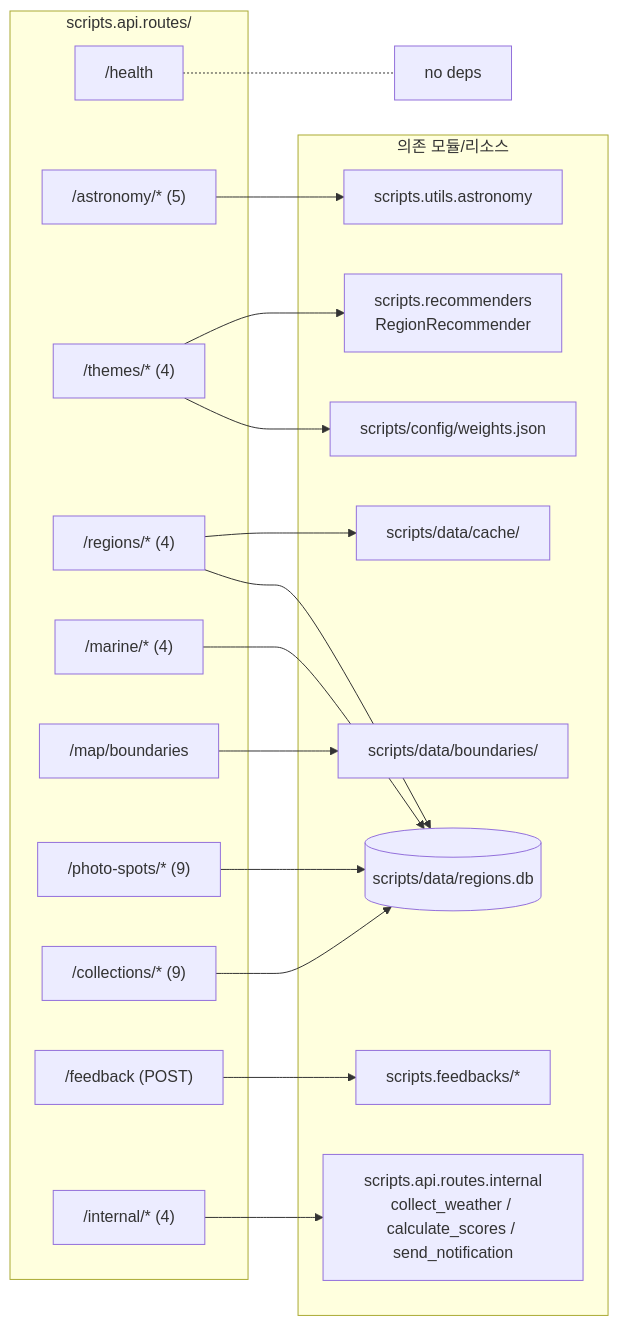
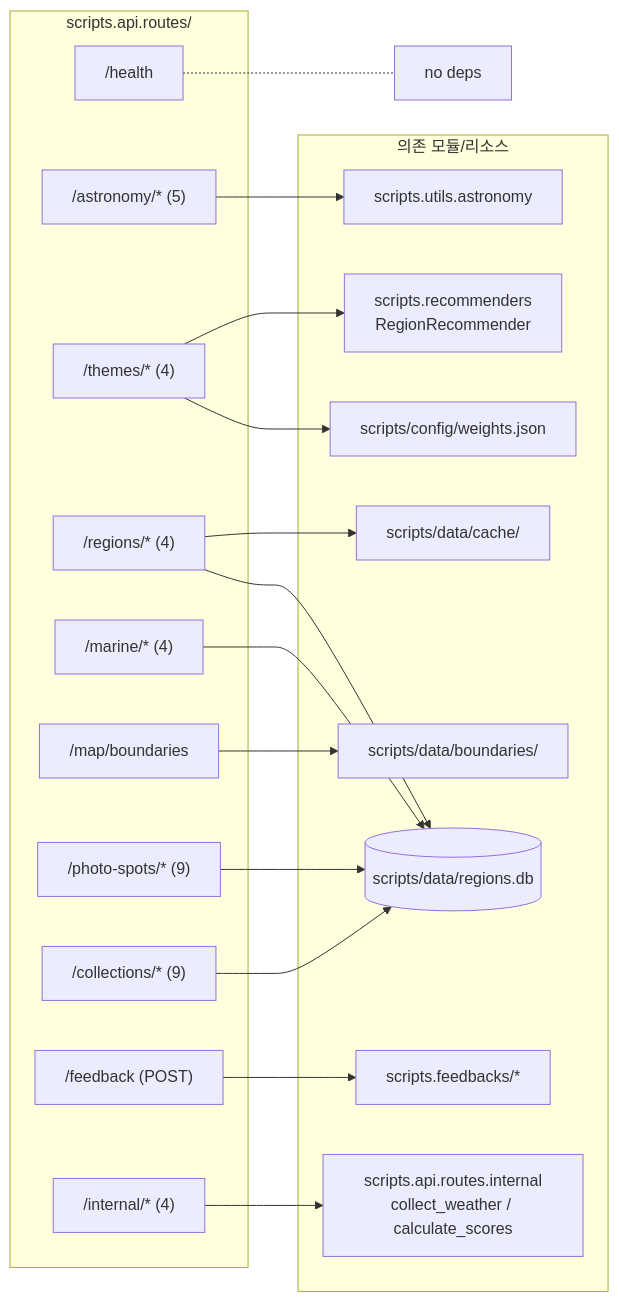
One commit to Donghun1q2w/weather_lens changed the second of 8 diagrams in CLAUDE.md. Above: the diagram before and after it, drawn with Mermaid. The commit also changed other lines of this file and 13 other files, not shown here.

````diff
--- a/CLAUDE.md
+++ b/CLAUDE.md
@@ -66,39 +65,39 @@
 ```mermaid
 flowchart LR
     subgraph Routes["scripts.api.routes/"]
         H["/health"]
         AS["/astronomy/* (5)"]
         TH["/themes/* (4)"]
         RG["/regions/* (4)"]
         MR["/marine/* (4)"]
         MP["/map/boundaries"]
         PS["/photo-spots/* (9)"]
         UC["/collections/* (9)"]
         FB["/feedback (POST)"]
         IN["/internal/* (4)"]
     end
 
     subgraph Deps["의존 모듈/리소스"]
         UA[scripts.utils.astronomy]
         REC[scripts.recommenders<br/>RegionRecommender]
         SQL[(scripts/data/regions.db)]
         BD[scripts/data/boundaries/]
         WJ[scripts/config/weights.json]
         FBM[scripts.feedbacks/*]
-        INT[scripts.api.routes.internal<br/>collect_weather / calculate_scores / send_notification]
+        INT[scripts.api.routes.internal<br/>collect_weather / calculate_scores]
         CACHE[scripts/data/cache/]
     end
 
     H -.- noop[no deps]
     AS --> UA
     TH --> WJ
     TH --> REC
     RG --> SQL
     RG --> CACHE
     MR --> SQL
     MP --> BD
     PS --> SQL
     UC --> SQL
     FB --> FBM
     IN --> INT
 ```
````
